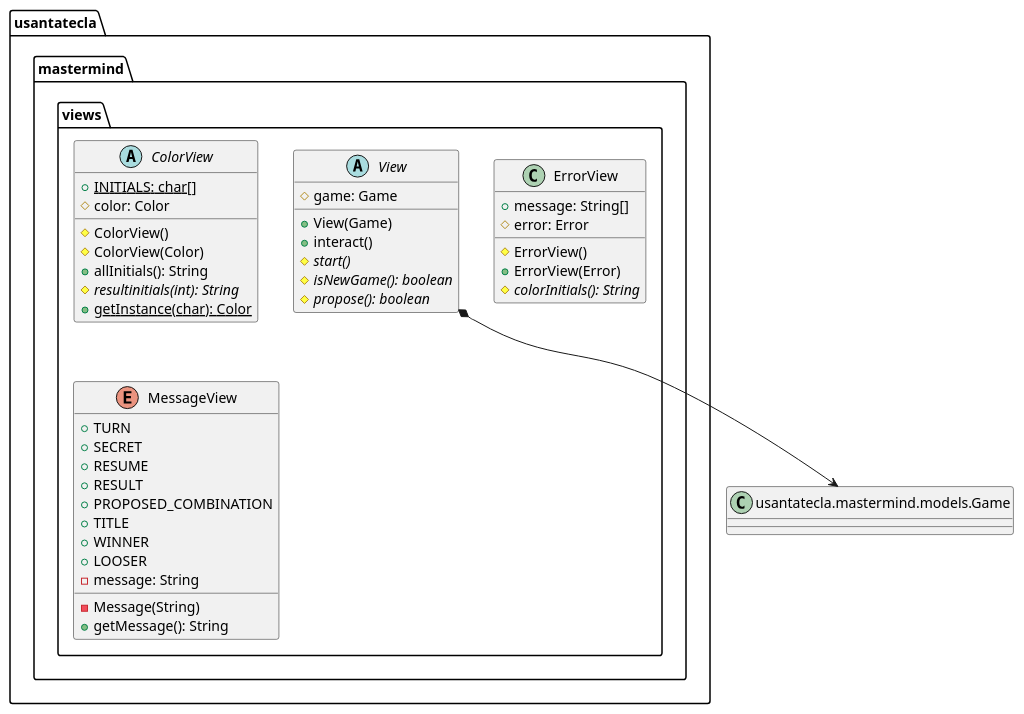
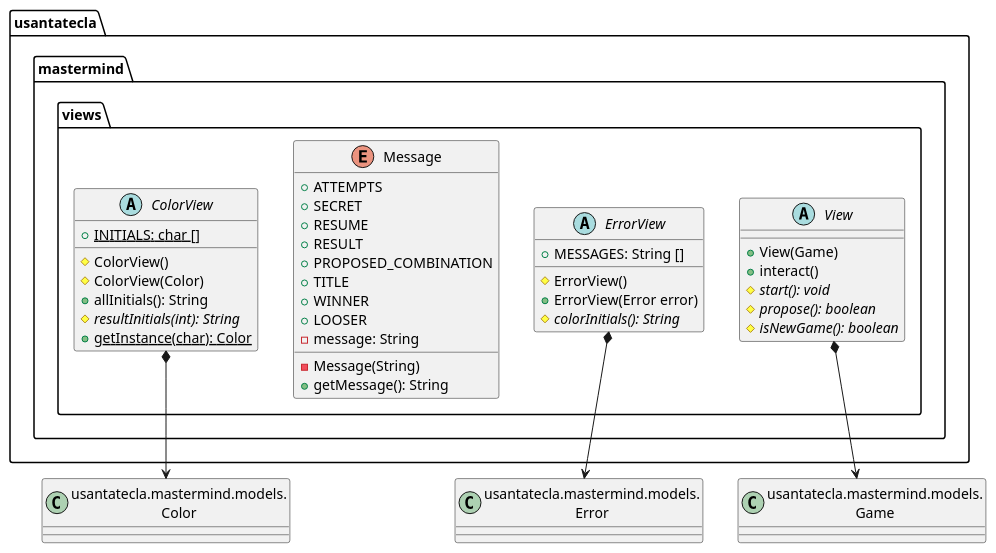
Before and after one commit to SantaTecla-mastermind/solution.java.swing.socket.sql: the second of 6 diagrams in documentView/withFactoryMethod/docs/diagrams/src/paquetes.plantuml, drawn with PlantUML. The commit also changed other lines of this file and 17 other files, not shown here.

```diff
--- a/documentView/withFactoryMethod/docs/diagrams/src/paquetes.plantuml
+++ b/documentView/withFactoryMethod/docs/diagrams/src/paquetes.plantuml
@@ -35,47 +31,46 @@
-@startuml mastermind.views
-abstract class  usantatecla.mastermind.views.ColorView{
-+{static} INITIALS: char[]
-# color: Color
-# ColorView()
-# ColorView(Color)
-+ allInitials(): String
-# {abstract} resultinitials(int): String
-+ {static} getInstance(char): Color
+@startuml usantatecla.mastermind.views
+class Error as "usantatecla.mastermind.models.\nError"{}
+class Color as "usantatecla.mastermind.models.\nColor"{}
+class Game as "usantatecla.mastermind.models.\nGame"{}
+
+abstract class usantatecla.mastermind.views.ColorView{
+    + {static} INITIALS: char []
+    # ColorView()
+    # ColorView(Color)
+    + allInitials(): String
+    # {abstract} resultInitials(int): String
+    + {static} getInstance(char): Color
+}
+usantatecla.mastermind.views.ColorView *-down-> Color
+
+abstract class usantatecla.mastermind.views.ErrorView{
+    + MESSAGES: String []
+    # ErrorView()
+    + ErrorView(Error error)
+    # {abstract} colorInitials(): String
+}
+usantatecla.mastermind.views.ErrorView *-down-> Error
+
+enum usantatecla.mastermind.views.Message{
+    + ATTEMPTS
+    + SECRET
+    + RESUME
+    + RESULT
+    + PROPOSED_COMBINATION
+    + TITLE
+    + WINNER
+    + LOOSER
+    - message: String
+    - Message(String)
+    + getMessage(): String
 }
 
-class  usantatecla.mastermind.views.ErrorView{
-+ message: String[]
-# error: Error
-# ErrorView()
-+ ErrorView(Error)
-# {abstract} colorInitials(): String
-}
-
-enum  usantatecla.mastermind.views.MessageView{
-+ TURN
-+ SECRET
-+ RESUME
-+ RESULT
-+ PROPOSED_COMBINATION
-+ TITLE
-+ WINNER
-+ LOOSER
-- message: String
-- Message(String)
-+ getMessage(): String
-}
-
-abstract class  usantatecla.mastermind.views.View{
-# game: Game
-+ View(Game)
-+ interact() 
-# {abstract} start() 
-# {abstract} isNewGame(): boolean
-# {abstract} propose(): boolean
-}
-
-class Game as "usantatecla.mastermind.models.Game"{
-
+abstract class usantatecla.mastermind.views.View {
+    + View(Game)
+    + interact()
+    # {abstract} start(): void
+    # {abstract} propose(): boolean
+    # {abstract} isNewGame(): boolean
 }
 usantatecla.mastermind.views.View *-down-> Game
 @enduml
```
